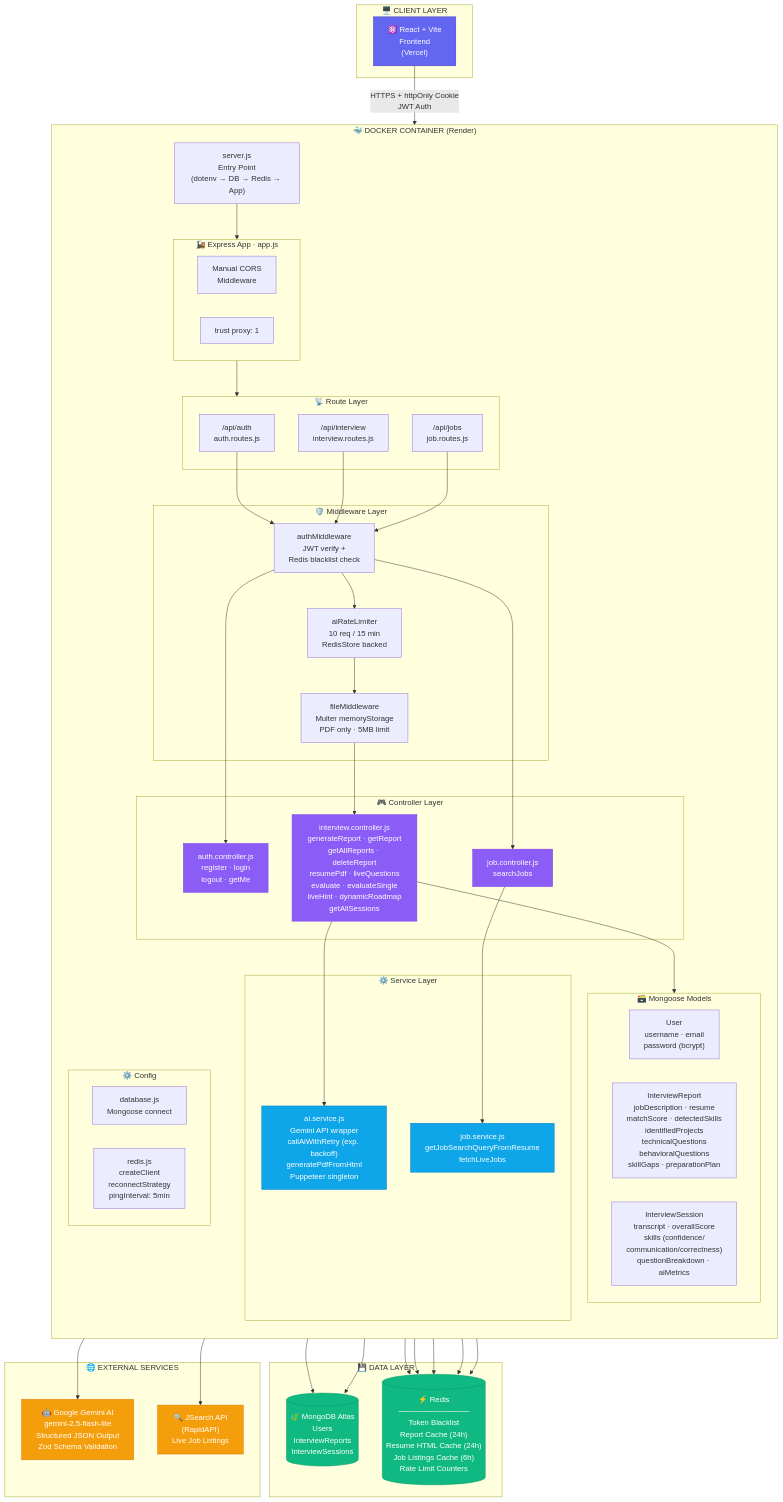
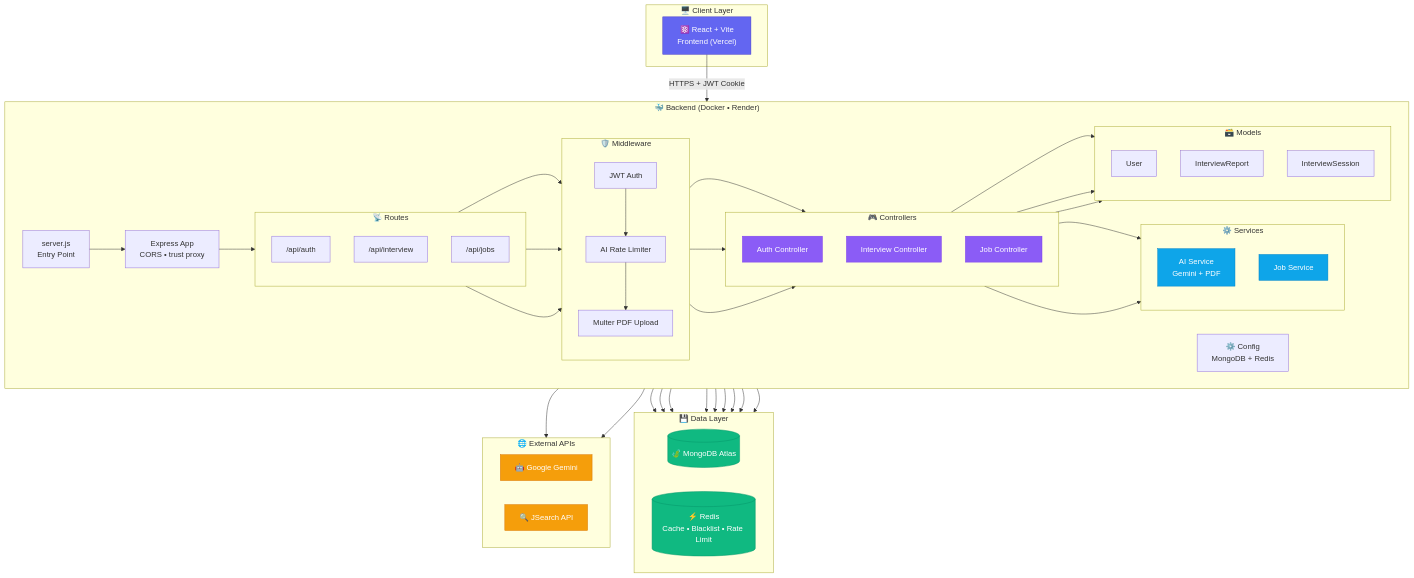
The first of 17 diagrams in README.md (harshitzofficial/-HirePrep-AI), drawn with Mermaid before and after one commit.

````diff
--- a/README.md
+++ b/README.md
@@ -194,93 +194,117 @@
 ```mermaid
 graph TB
-    subgraph CLIENT["🖥️ CLIENT LAYER"]
-        FE["⚛️ React + Vite\nFrontend\n(Vercel)"]
-    end
 
-    subgraph BACKEND["🐳 DOCKER CONTAINER (Render)"]
-        direction TB
+%% ===================== CLIENT =====================
+subgraph CLIENT["🖥️ Client Layer"]
+    FE["⚛️ React + Vite<br/>Frontend (Vercel)"]
+end
 
-        SRV["server.js\nEntry Point\n(dotenv → DB → Redis → App)"]
+%% ===================== BACKEND =====================
+subgraph BACKEND["🐳 Backend (Docker • Render)"]
+direction LR
 
-        subgraph EXPRESS["🚂 Express App  ·  app.js"]
-            direction LR
-            CORS["Manual CORS\nMiddleware"]
-            TP["trust proxy: 1"]
-        end
+SRV["server.js<br/>Entry Point"]
 
-        subgraph ROUTES["📡 Route Layer"]
-            AR["/api/auth\nauth.routes.js"]
-            IR["/api/interview\ninterview.routes.js"]
-            JR["/api/jobs\njob.routes.js"]
-        end
+EXP["Express App<br/>CORS • trust proxy"]
 
-        subgraph MIDDLEWARE["🛡️ Middleware Layer"]
-            AUTH["authMiddleware\nJWT verify +\nRedis blacklist check"]
-            MULTER["fileMiddleware\nMulter memoryStorage\nPDF only · 5MB limit"]
-            RL["aiRateLimiter\n10 req / 15 min\nRedisStore backed"]
-        end
+subgraph ROUTES["📡 Routes"]
+direction TB
+AR["/api/auth"]
+IR["/api/interview"]
+JR["/api/jobs"]
+end
 
-        subgraph CONTROLLERS["🎮 Controller Layer"]
-            AC["auth.controller.js\nregister · login\nlogout · getMe"]
-            IC["interview.controller.js\ngenerateReport · getReport\ngetAllReports · deleteReport\nresumePdf · liveQuestions\nevaluate · evaluateSingle\nliveHint · dynamicRoadmap\ngetAllSessions"]
-            JC["job.controller.js\nsearchJobs"]
-        end
+subgraph MW["🛡️ Middleware"]
+direction TB
+AUTH["JWT Auth"]
+RL["AI Rate Limiter"]
+MULTER["Multer PDF Upload"]
+end
 
-        subgraph SERVICES["⚙️ Service Layer"]
-            AIS["ai.service.js\nGemini API wrapper\ncallAiWithRetry (exp. backoff)\ngeneratePdfFromHtml\nPuppeteer singleton"]
-            JS["job.service.js\ngetJobSearchQueryFromResume\nfetchLiveJobs"]
-        end
+subgraph CTRL["🎮 Controllers"]
+direction TB
+AC["Auth Controller"]
+IC["Interview Controller"]
+JC["Job Controller"]
+end
 
-        subgraph MODELS["🗃️ Mongoose Models"]
-            UM["User\nusername · email\npassword (bcrypt)"]
-            IRM["InterviewReport\njobDescription · resume\nmatchScore · detectedSkills\nidentifiedProjects\ntechnicalQuestions\nbehavioralQuestions\nskillGaps · preparationPlan"]
-            ISM["InterviewSession\ntranscript · overallScore\nskills (confidence/\ncommunication/correctness)\nquestionBreakdown · aiMetrics"]
-        end
+subgraph SERVICES["⚙️ Services"]
+direction TB
+AIS["AI Service<br/>Gemini + PDF"]
+JS["Job Service"]
+end
 
-        subgraph CONFIG["⚙️ Config"]
-            DB_CFG["database.js\nMongoose connect"]
-            R_CFG["redis.js\ncreateClient\nreconnectStrategy\npingInterval: 5min"]
-        end
-    end
+subgraph MODELS["🗃️ Models"]
+direction TB
+UM["User"]
+IRM["InterviewReport"]
+ISM["InterviewSession"]
+end
 
-    subgraph DATA["💾 DATA LAYER"]
-        MONGO[("🍃 MongoDB Atlas\nUsers\nInterviewReports\nInterviewSessions")]
-        REDIS[("⚡ Redis\n─────────────\nToken Blacklist\nReport Cache (24h)\nResume HTML Cache (24h)\nJob Listings Cache (6h)\nRate Limit Counters")]
-    end
+CFG["⚙️ Config<br/>MongoDB + Redis"]
 
-    subgraph EXTERNAL["🌐 EXTERNAL SERVICES"]
-        GEMINI["🤖 Google Gemini AI\ngemini-2.5-flash-lite\nStructured JSON Output\nZod Schema Validation"]
-        JSEARCH["🔍 JSearch API\n(RapidAPI)\nLive Job Listings"]
-    end
+end
 
-    FE -- "HTTPS + httpOnly Cookie\nJWT Auth" --> SRV
-    SRV --> EXPRESS
-    EXPRESS --> ROUTES
-    AR --> AUTH --> AC
-    IR --> AUTH --> RL --> MULTER --> IC
-    JR --> AUTH --> JC
-    IC --> AIS
-    IC --> MODELS
-    JC --> JS
-    JS --> JSEARCH
-    JS --> REDIS
-    AIS --> GEMINI
-    AIS --> REDIS
-    AC --> REDIS
-    AUTH --> REDIS
-    MODELS --> MONGO
-    CONFIG --> MONGO
-    CONFIG --> REDIS
+%% ===================== DATA =====================
+subgraph DATA["💾 Data Layer"]
+direction LR
+MONGO[("🍃 MongoDB Atlas")]
+REDIS[("⚡ Redis<br/>Cache • Blacklist • Rate Limit")]
+end
 
-    classDef clientStyle fill:#6366f1,stroke:#4338ca,color:#fff
-    classDef serviceStyle fill:#0ea5e9,stroke:#0284c7,color:#fff
-    classDef dataStyle fill:#10b981,stroke:#059669,color:#fff
-    classDef externalStyle fill:#f59e0b,stroke:#d97706,color:#fff
-    classDef controllerStyle fill:#8b5cf6,stroke:#7c3aed,color:#fff
+%% ===================== EXTERNAL =====================
+subgraph EXT["🌐 External APIs"]
+direction LR
+GEMINI["🤖 Google Gemini"]
+JSEARCH["🔍 JSearch API"]
+end
 
-    class FE clientStyle
-    class AIS,JS serviceStyle
-    class MONGO,REDIS dataStyle
-    class GEMINI,JSEARCH externalStyle
-    class IC,AC,JC controllerStyle
+%% ===================== FLOW =====================
+
+FE -->|"HTTPS + JWT Cookie"| SRV
+SRV --> EXP
+EXP --> ROUTES
+
+AR --> AUTH --> AC
+IR --> AUTH
+AUTH --> RL
+RL --> MULTER
+MULTER --> IC
+JR --> AUTH --> JC
+
+AC --> UM
+IC --> IRM
+IC --> ISM
+
+IC --> AIS
+JC --> JS
+
+AIS --> GEMINI
+JS --> JSEARCH
+
+AIS --> REDIS
+JS --> REDIS
+AUTH --> REDIS
+RL --> REDIS
+
+UM --> MONGO
+IRM --> MONGO
+ISM --> MONGO
+
+CFG --> MONGO
+CFG --> REDIS
+
+%% ===================== COLORS =====================
+
+classDef client fill:#6366f1,stroke:#4338ca,color:#fff
+classDef service fill:#0ea5e9,stroke:#0284c7,color:#fff
+classDef data fill:#10b981,stroke:#059669,color:#fff
+classDef external fill:#f59e0b,stroke:#d97706,color:#fff
+classDef controller fill:#8b5cf6,stroke:#7c3aed,color:#fff
+
+class FE client
+class AIS,JS service
+class AC,IC,JC controller
+class MONGO,REDIS data
+class GEMINI,JSEARCH external
 ```
````
